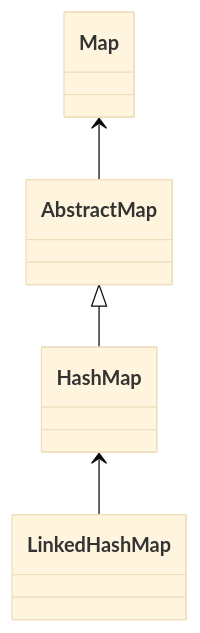
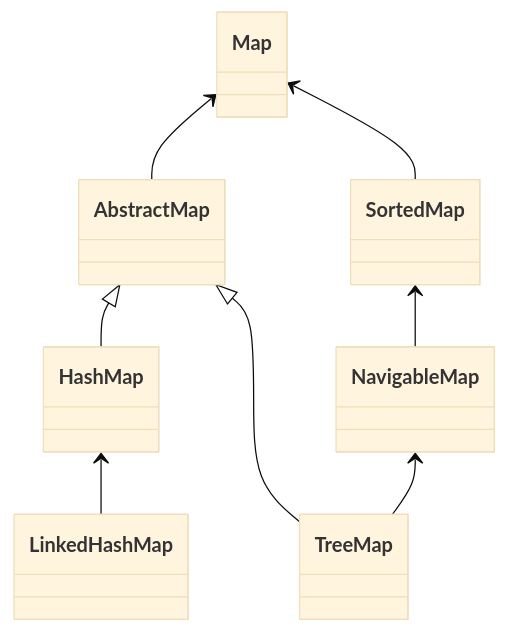
One commit to 1sonjm/1sonjm.github.io changed the second of 2 diagrams in _posts/develop/scripting_language/java/2019-02-20-java-collection.md. Above: the diagram before and after it, drawn with Mermaid (base theme). The commit also changed other lines of this file, not shown here.

Commit message:
_posts/develop/scripting_language/java/2019-02-20-java-collection.md updated from https://stackedit.io/

````diff
--- a/_posts/develop/scripting_language/java/2019-02-20-java-collection.md
+++ b/_posts/develop/scripting_language/java/2019-02-20-java-collection.md
@@ -71,9 +71,16 @@
 ```mermaid
 classDiagram
 Map <-- AbstractMap
 AbstractMap <|-- HashMap
 HashMap <-- LinkedHashMap
 
+Map <-- SortedMap
+SortedMap <-- NavigableMap
+AbstractMap <|-- TreeMap
+NavigableMap <-- TreeMap
+
+Map: <interface>
+AbstractMap: <abstract>
 Map: <interface>
 AbstractMap: <abstract>
 ```
````
